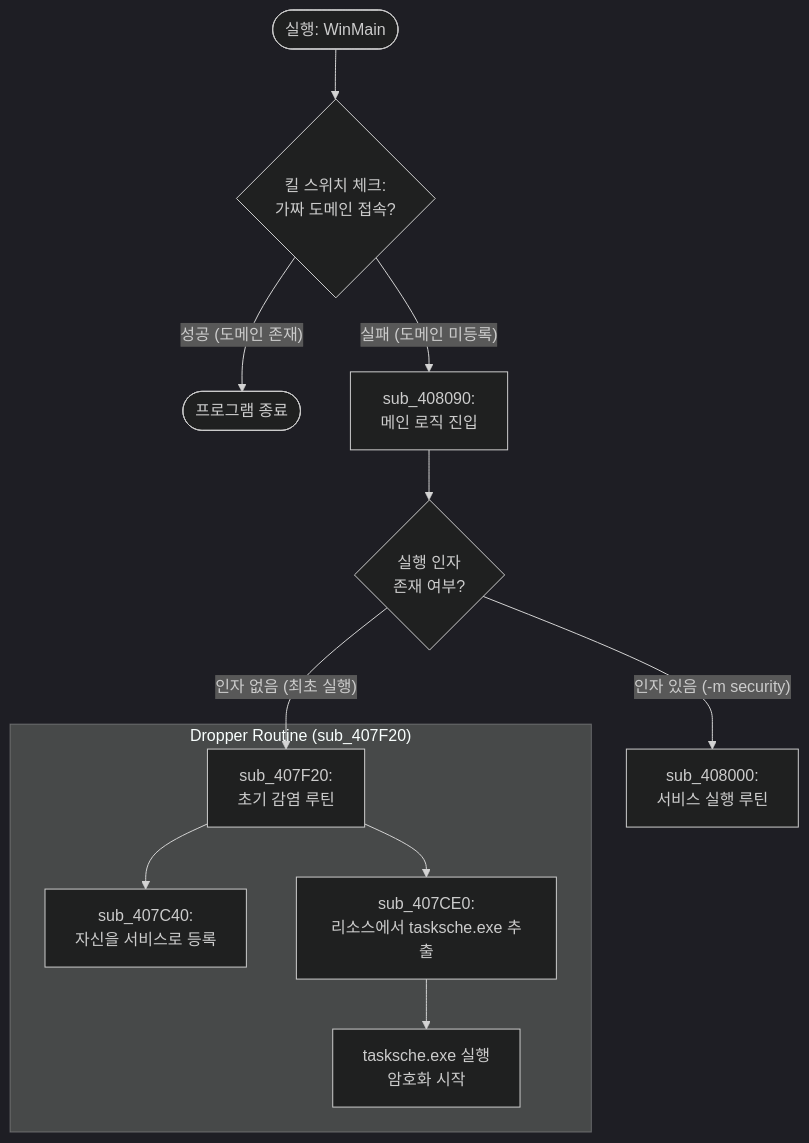
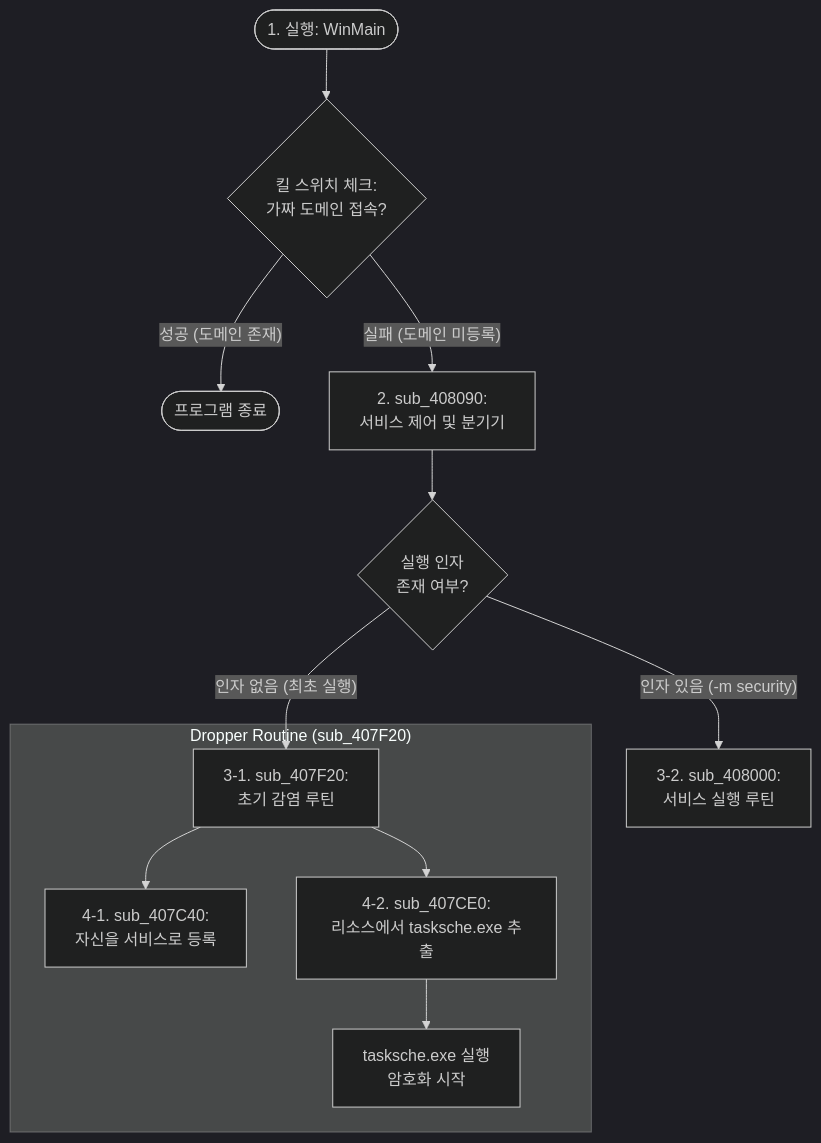
The diagram in mssecsvc.exe/README.md (BentLock/analysisWC), drawn with Mermaid (dark theme) before and after one commit. The commit also changed other lines of this file and 6 other files, not shown here.

````diff
--- a/mssecsvc.exe/README.md
+++ b/mssecsvc.exe/README.md
@@ -8,18 +8,18 @@
 ```mermaid
 graph TD
-    Start([실행: WinMain]) --> KillSwitch{킬 스위치 체크:<br/>가짜 도메인 접속?}
+    Start([1. 실행: WinMain]) --> KillSwitch{킬 스위치 체크:<br/>가짜 도메인 접속?}
     
     KillSwitch -- "성공 (도메인 존재)" --> Exit([프로그램 종료])
-    KillSwitch -- "실패 (도메인 미등록)" --> MainLogic[sub_408090:<br/>메인 로직 진입]
+    KillSwitch -- "실패 (도메인 미등록)" --> MainLogic[2. sub_408090:<br/>서비스 제어 및 분기기]
     
     MainLogic --> ArgCheck{실행 인자<br/>존재 여부?}
     
-    ArgCheck -- "인자 없음 (최초 실행)" --> InitialInfection[sub_407F20:<br/>초기 감염 루틴]
-    ArgCheck -- "인자 있음 (-m security)" --> ServiceRun[sub_408000:<br/>서비스 실행 루틴]
+    ArgCheck -- "인자 없음 (최초 실행)" --> InitialInfection[3-1. sub_407F20:<br/>초기 감염 루틴]
+    ArgCheck -- "인자 있음 (-m security)" --> ServiceRun[3-2. sub_408000:<br/>서비스 실행 루틴]
     
     subgraph "Dropper Routine (sub_407F20)"
-        InitialInfection --> InstallService[sub_407C40:<br/>자신을 서비스로 등록]
-        InitialInfection --> DropPayload[sub_407CE0:<br/>리소스에서 tasksche.exe 추출]
+        InitialInfection --> InstallService[4-1. sub_407C40:<br/>자신을 서비스로 등록]
+        InitialInfection --> DropPayload[4-2. sub_407CE0:<br/>리소스에서 tasksche.exe 추출]
         DropPayload --> RunRansomware[tasksche.exe 실행<br/>암호화 시작]
     end
 ```
````
